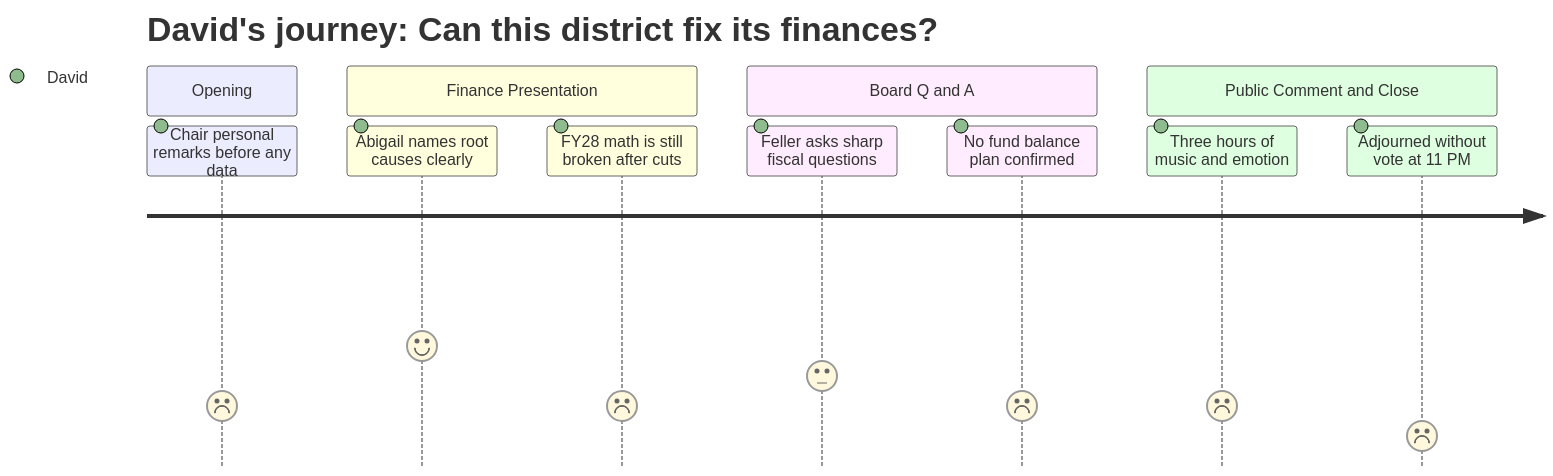
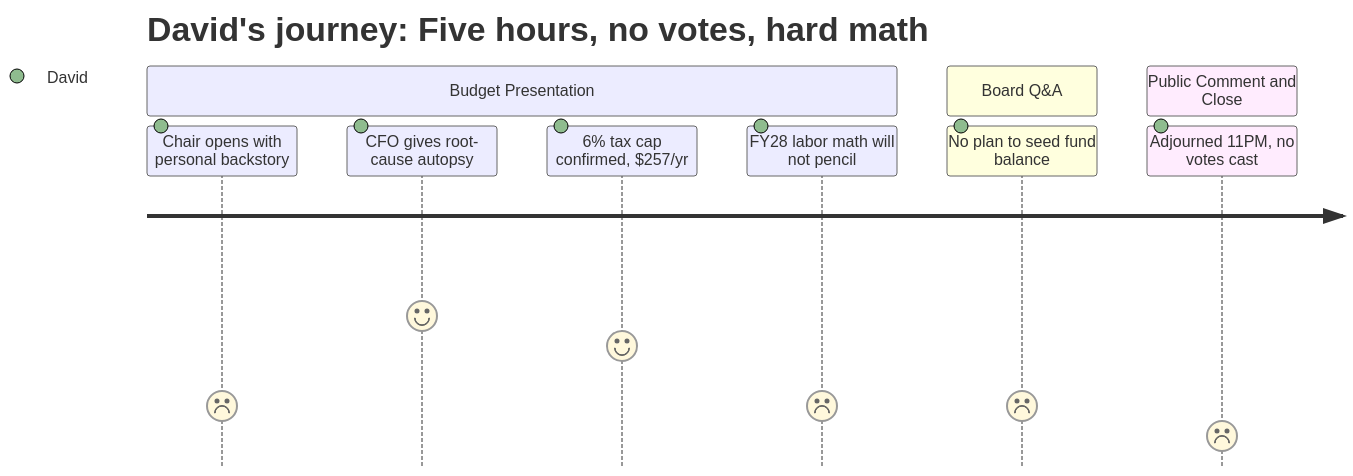
Before and after one commit to cristoslc/2026-south-portland-school-budget: the diagram in data/interpretation/meetings/2026-03-23-school-board/PERSONA-002.md, drawn with Mermaid. The commit also changed other lines of this file and 64 other files, not shown here.

````diff
--- a/data/interpretation/meetings/2026-03-23-school-board/PERSONA-002.md
+++ b/data/interpretation/meetings/2026-03-23-school-board/PERSONA-002.md
@@ -70,15 +70,13 @@
 ```mermaid
 journey
-    title David's journey: Can this district fix its finances?
-    section Opening
-        Chair personal remarks before any data: 2: David
-    section Finance Presentation
-        Abigail names root causes clearly: 4: David
-        FY28 math is still broken after cuts: 2: David
-    section Board Q and A
-        Feller asks sharp fiscal questions: 3: David
-        No fund balance plan confirmed: 2: David
+    title David's journey: Five hours, no votes, hard math
+    section Budget Presentation
+        Chair opens with personal backstory: 2: David
+        CFO gives root-cause autopsy: 5: David
+        6% tax cap confirmed, $257/yr: 4: David
+        FY28 labor math will not pencil: 2: David
+    section Board Q&A
+        No plan to seed fund balance: 2: David
     section Public Comment and Close
-        Three hours of music and emotion: 2: David
-        Adjourned without vote at 11 PM: 1: David
+        Adjourned 11PM, no votes cast: 1: David
 ```
````
